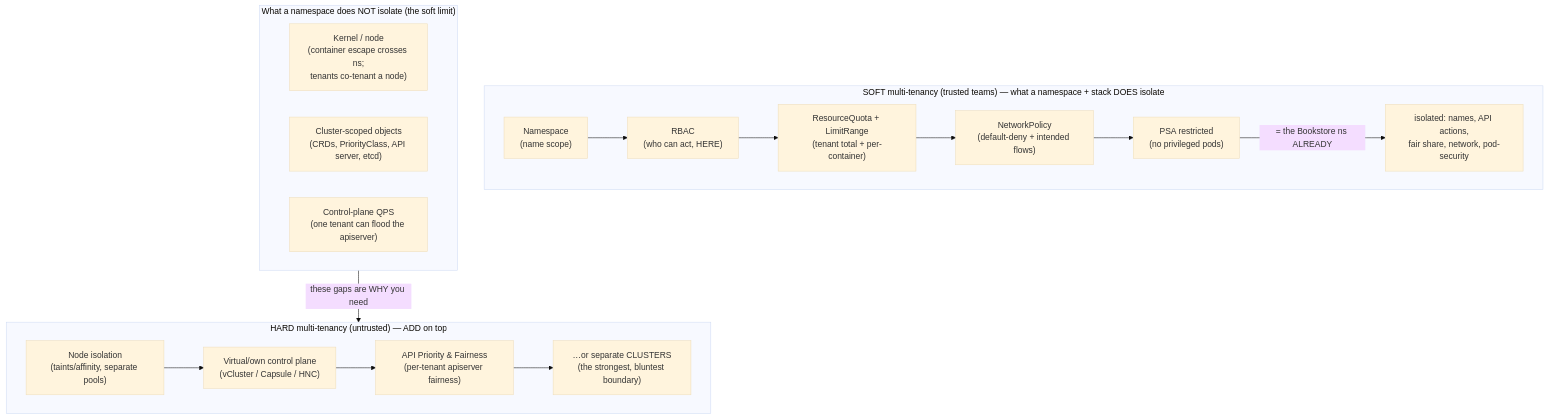
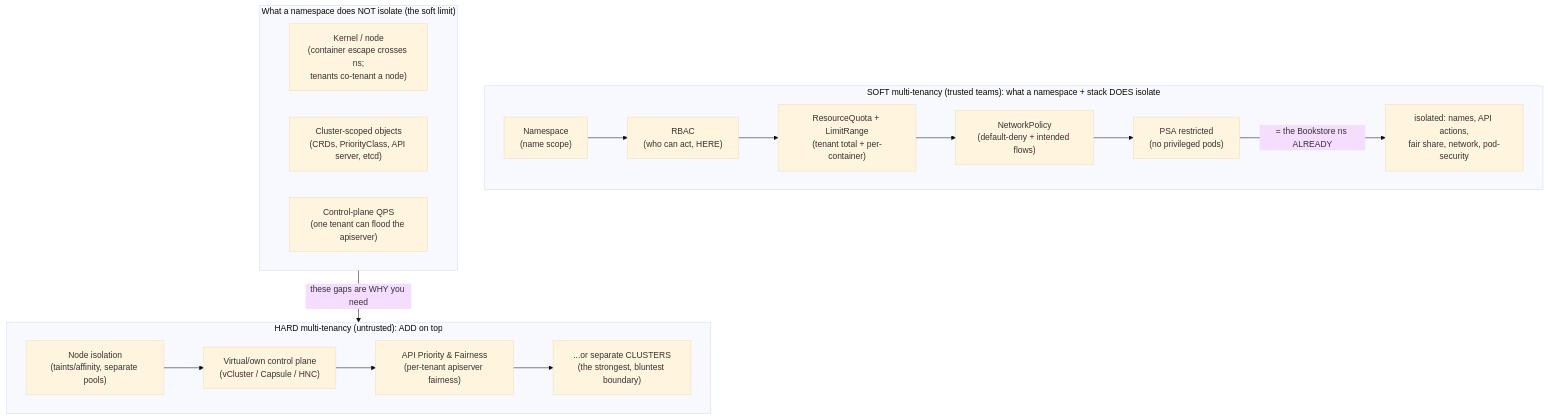
Before and after one commit to abd-ulbasit/bookstore-kubernetes-guide: the diagram in full-guide/08-day-2-operations/04-multi-tenancy-and-namespaces.md, drawn with Mermaid (base theme). The commit also changed other lines of this file and 4 other files, not shown here.

First line of the commit message:
08.04: multi-tenancy chapter with a lab run and a tighter tenant Role

````diff
--- a/full-guide/08-day-2-operations/04-multi-tenancy-and-namespaces.md
+++ b/full-guide/08-day-2-operations/04-multi-tenancy-and-namespaces.md
@@ -107,28 +124,28 @@
 ```mermaid
 flowchart TB
-    subgraph soft["SOFT multi-tenancy (trusted teams) — what a namespace + stack DOES isolate"]
+    subgraph soft["SOFT multi-tenancy (trusted teams): what a namespace + stack DOES isolate"]
       ns["Namespace<br/>(name scope)"]
       rbac["RBAC<br/>(who can act, HERE)"]
       qta["ResourceQuota + LimitRange<br/>(tenant total + per-container)"]
       np["NetworkPolicy<br/>(default-deny + intended flows)"]
       psa["PSA restricted<br/>(no privileged pods)"]
       ns --> rbac --> qta --> np --> psa
       psa -->|"= the Bookstore ns ALREADY"| ok["isolated: names, API actions,<br/>fair share, network, pod-security"]
     end
 
     subgraph notiso["What a namespace does NOT isolate (the soft limit)"]
       k["Kernel / node<br/>(container escape crosses ns;<br/>tenants co-tenant a node)"]
       cs["Cluster-scoped objects<br/>(CRDs, PriorityClass, API server, etcd)"]
       qps["Control-plane QPS<br/>(one tenant can flood the apiserver)"]
     end
 
-    subgraph hard["HARD multi-tenancy (untrusted) — ADD on top"]
+    subgraph hard["HARD multi-tenancy (untrusted): ADD on top"]
       node["Node isolation<br/>(taints/affinity, separate pools)"]
       vc["Virtual/own control plane<br/>(vCluster / Capsule / HNC)"]
       apf["API Priority & Fairness<br/>(per-tenant apiserver fairness)"]
-      sep["…or separate CLUSTERS<br/>(the strongest, bluntest boundary)"]
+      sep["...or separate CLUSTERS<br/>(the strongest, bluntest boundary)"]
       node --> vc --> apf --> sep
     end
 
     notiso -->|"these gaps are WHY you need"| hard
 ```
````
